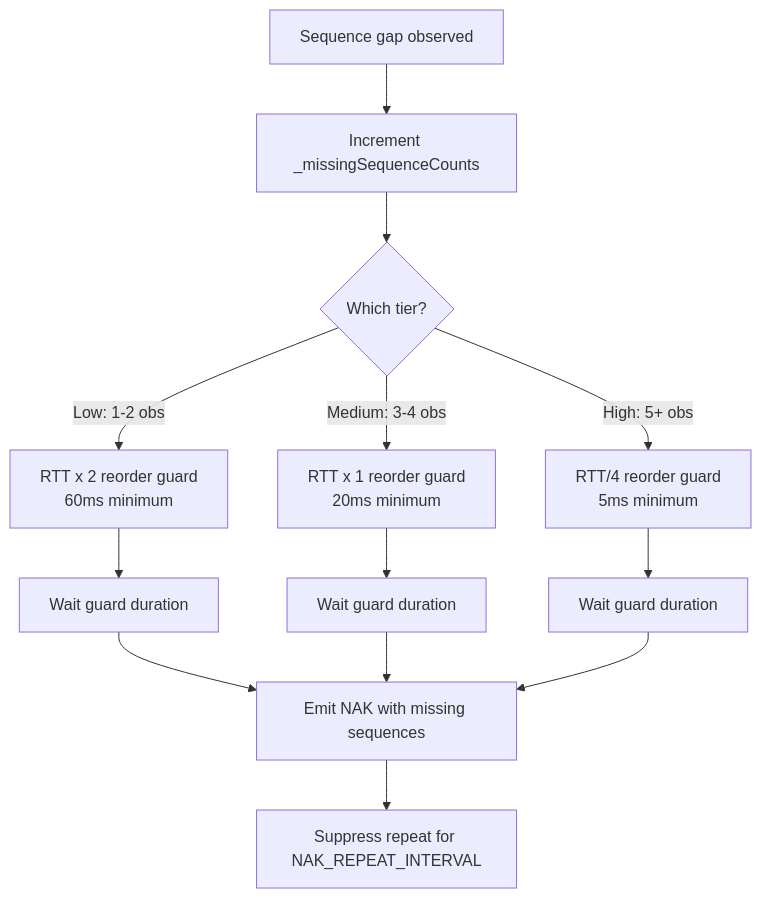
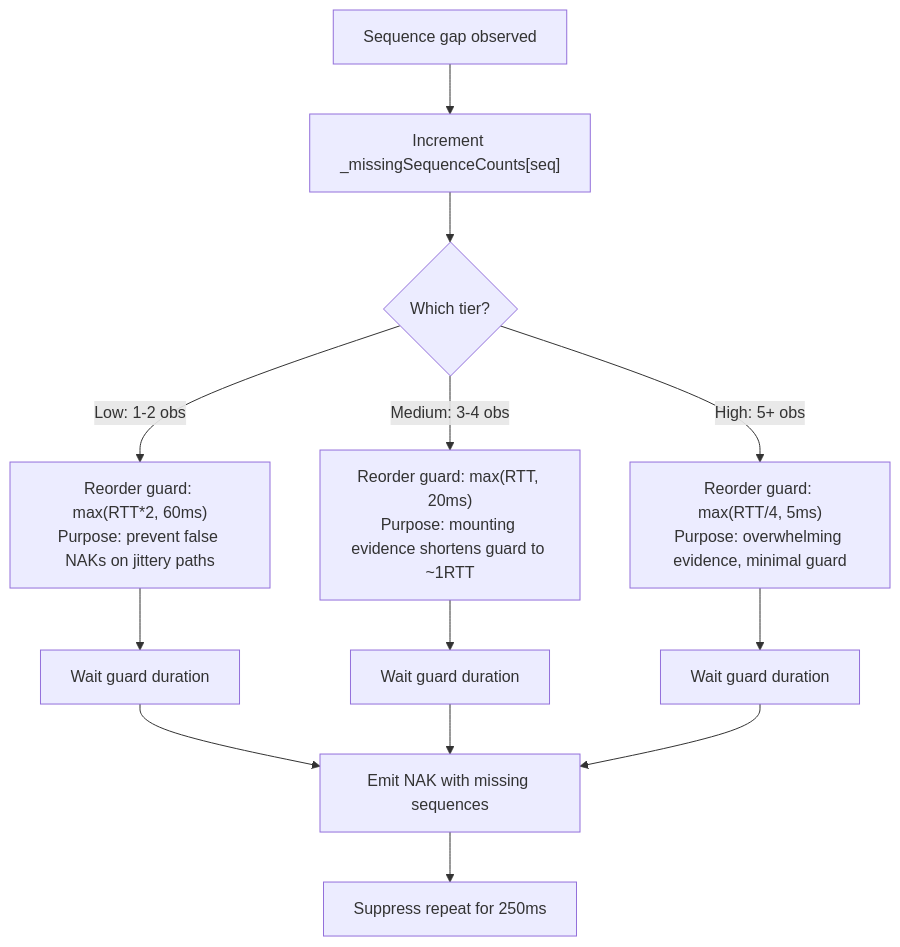
Before and after one commit to liulilittle/ucp: the seventh of 9 diagrams in docs/protocol.md, drawn with Mermaid. The commit also changed other lines of this file and 43 other files, not shown here.

````diff
--- a/docs/protocol.md
+++ b/docs/protocol.md
@@ -336,19 +333,19 @@
 ```mermaid
 flowchart TD
-    Gap[Sequence gap observed] --> Count[Increment _missingSequenceCounts]
-    Count --> Tier{Which tier?}
-
-    Tier -->|Low: 1-2 obs| Guard1[RTT x 2 reorder guard<br/>60ms minimum]
-    Tier -->|Medium: 3-4 obs| Guard2[RTT x 1 reorder guard<br/>20ms minimum]
-    Tier -->|High: 5+ obs| Guard3[RTT/4 reorder guard<br/>5ms minimum]
-
-    Guard1 --> Wait1[Wait guard duration]
-    Guard2 --> Wait2[Wait guard duration]
-    Guard3 --> Wait3[Wait guard duration]
-
-    Wait1 --> Emit[Emit NAK with missing sequences]
+    Gap["Sequence gap observed"] --> Count["Increment _missingSequenceCounts[seq]"]
+    Count --> Tier{"Which tier?"}
+    
+    Tier -->|"Low: 1-2 obs"| Guard1["Reorder guard: max(RTT*2, 60ms)<br/>Purpose: prevent false NAKs on jittery paths"]
+    Tier -->|"Medium: 3-4 obs"| Guard2["Reorder guard: max(RTT, 20ms)<br/>Purpose: mounting evidence shortens guard to ~1RTT"]
+    Tier -->|"High: 5+ obs"| Guard3["Reorder guard: max(RTT/4, 5ms)<br/>Purpose: overwhelming evidence, minimal guard"]
+    
+    Guard1 --> Wait1["Wait guard duration"]
+    Guard2 --> Wait2["Wait guard duration"]
+    Guard3 --> Wait3["Wait guard duration"]
+    
+    Wait1 --> Emit["Emit NAK with missing sequences"]
     Wait2 --> Emit
     Wait3 --> Emit
-
-    Emit --> Suppress[Suppress repeat for NAK_REPEAT_INTERVAL]
+    
+    Emit --> Suppress["Suppress repeat for 250ms"]
 ```
````
